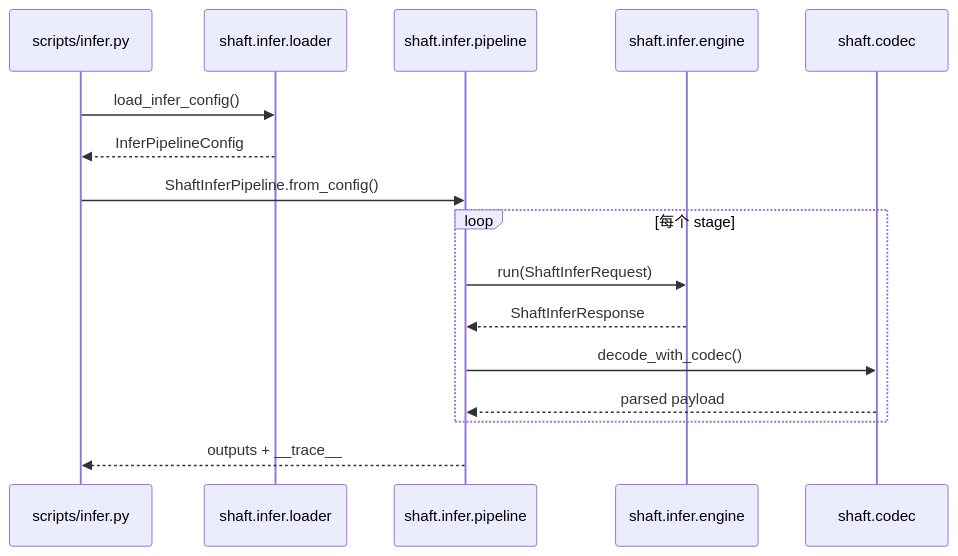
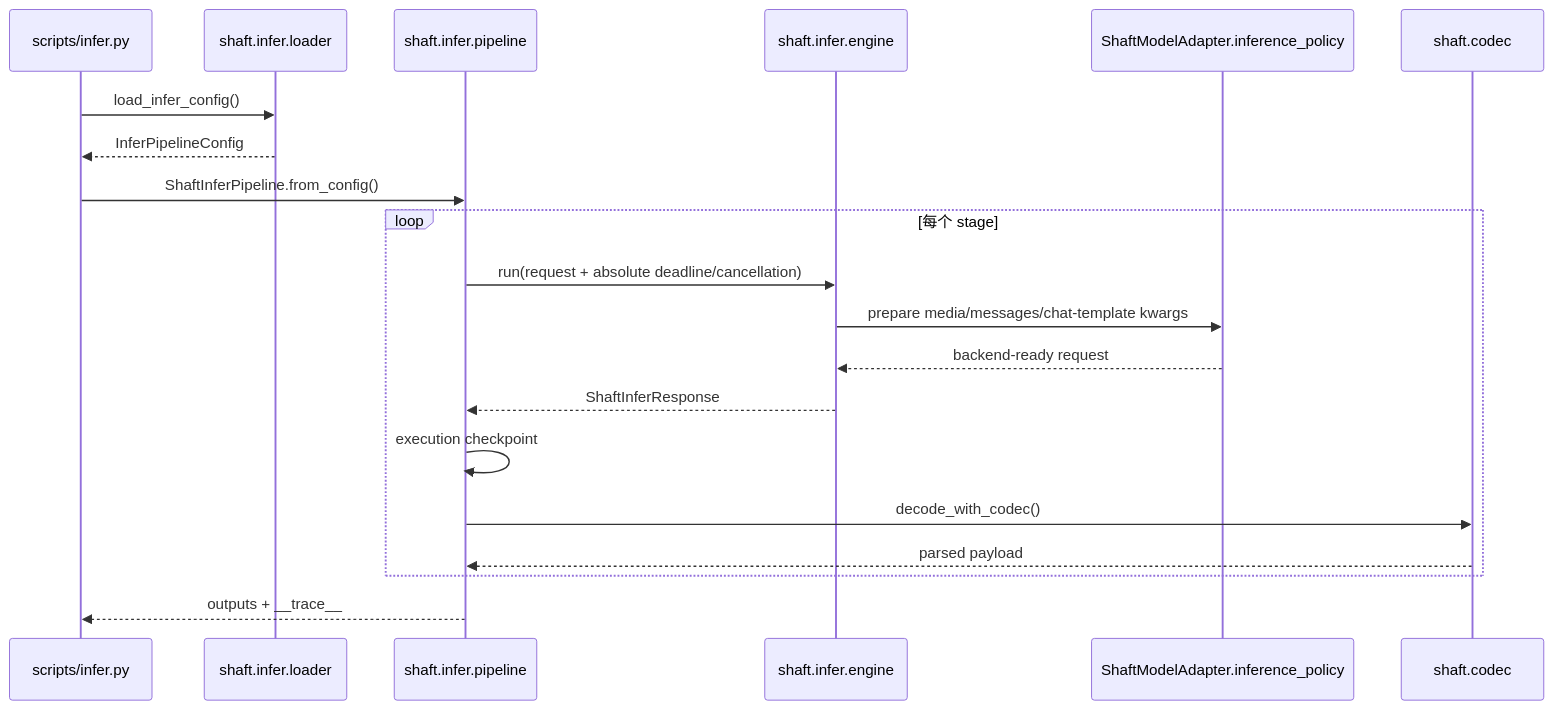
One commit to BITnene465/shaft changed the third of 3 diagrams in docs/architecture.md. Above: the diagram before and after it, drawn with Mermaid. The commit also changed other lines of this file and 137 other files, not shown here.

````diff
--- a/docs/architecture.md
+++ b/docs/architecture.md
@@ -375,19 +414,23 @@
 ```mermaid
 sequenceDiagram
     participant Script as scripts/infer.py
     participant Loader as shaft.infer.loader
     participant Pipeline as shaft.infer.pipeline
     participant Engine as shaft.infer.engine
+    participant Policy as ShaftModelAdapter.inference_policy
     participant Codec as shaft.codec
 
     Script->>Loader: load_infer_config()
     Loader-->>Script: InferPipelineConfig
     Script->>Pipeline: ShaftInferPipeline.from_config()
     loop 每个 stage
-        Pipeline->>Engine: run(ShaftInferRequest)
+        Pipeline->>Engine: run(request + absolute deadline/cancellation)
+        Engine->>Policy: prepare media/messages/chat-template kwargs
+        Policy-->>Engine: backend-ready request
         Engine-->>Pipeline: ShaftInferResponse
+        Pipeline->>Pipeline: execution checkpoint
         Pipeline->>Codec: decode_with_codec()
         Codec-->>Pipeline: parsed payload
     end
     Pipeline-->>Script: outputs + __trace__
 ```
````
